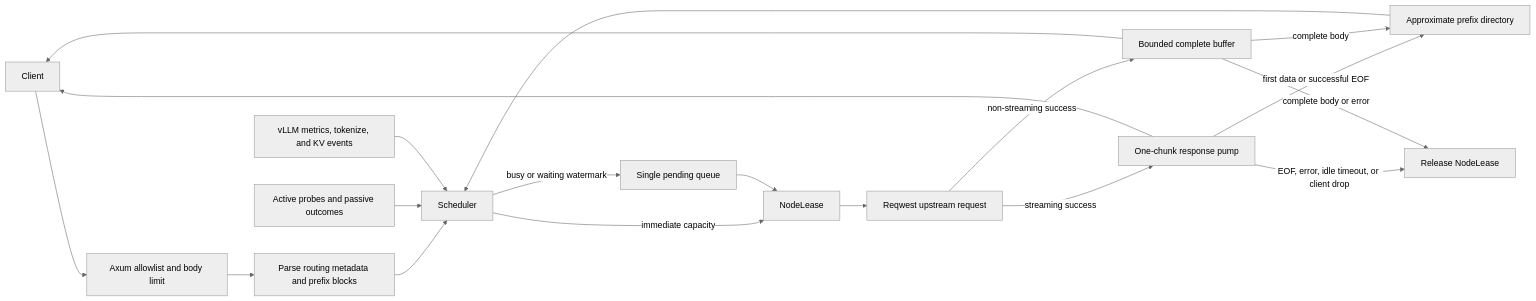
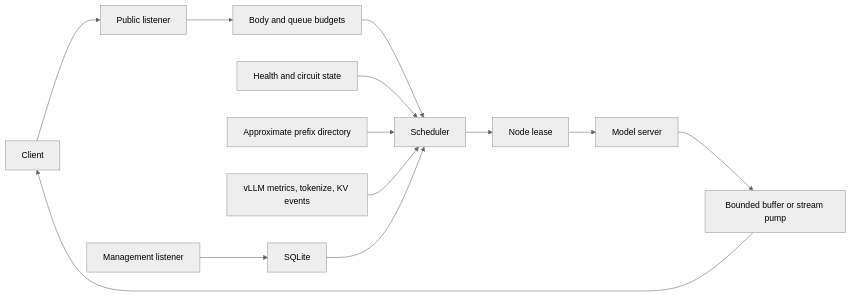
Before and after one commit to iMMIQ/estuary: the diagram in docs/architecture.md, drawn with Mermaid (neutral theme). The commit also changed other lines of this file and 6 other files, not shown here.

````diff
--- a/docs/architecture.md
+++ b/docs/architecture.md
@@ -42,21 +10,15 @@
 ```mermaid
 flowchart LR
-    C[Client] --> A[Axum allowlist and body limit]
-    A --> P[Parse routing metadata and prefix blocks]
-    P --> S[Scheduler]
-    H[Active probes and passive outcomes] --> S
-    D[Approximate prefix directory] --> S
-    V[vLLM metrics, tokenize, and KV events] --> S
-    S -->|immediate capacity| L[NodeLease]
-    S -->|busy or waiting watermark| Q[Single pending queue]
-    Q --> L
-    L --> U[Reqwest upstream request]
-    U -->|streaming success| B[One-chunk response pump]
-    U -->|non-streaming success| N[Bounded complete buffer]
-    B --> C
-    N --> C
-    B -->|first data or successful EOF| D
-    N -->|complete body| D
-    B -->|EOF, error, idle timeout, or client drop| R[Release NodeLease]
-    N -->|complete body or error| R
+    Client --> Public[Public listener]
+    Public --> Admission[Body and queue budgets]
+    Admission --> Scheduler
+    Health[Health and circuit state] --> Scheduler
+    Prefix[Approximate prefix directory] --> Scheduler
+    VLLM[vLLM metrics, tokenize, KV events] --> Scheduler
+    Scheduler --> Node[Node lease]
+    Node --> Upstream[Model server]
+    Upstream --> Buffer[Bounded buffer or stream pump]
+    Buffer --> Client
+    Admin[Management listener] --> SQLite
+    SQLite --> Scheduler
 ```
````
